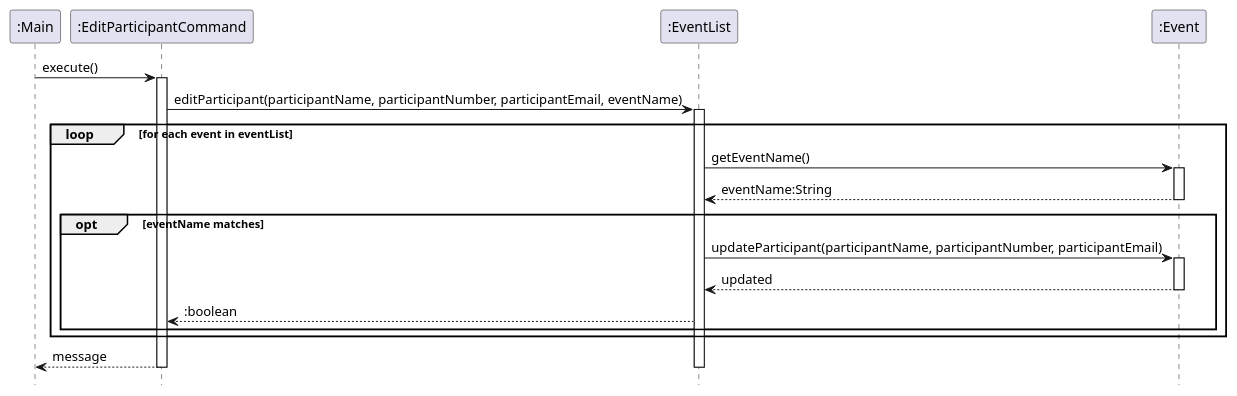
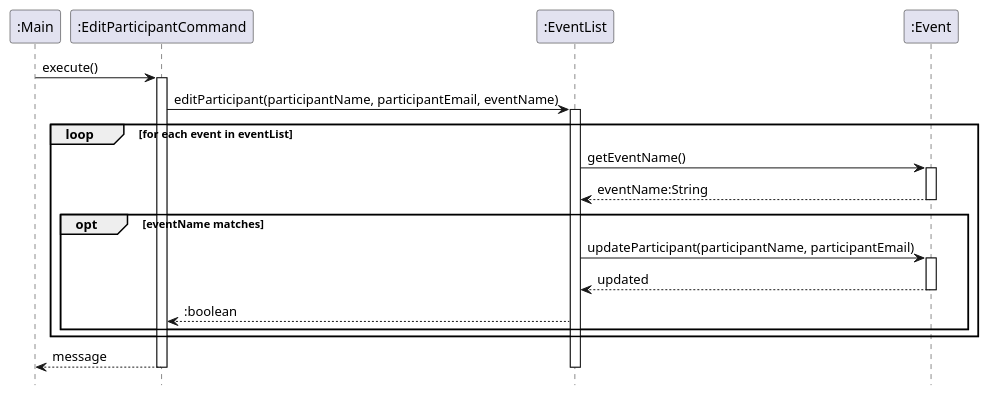
The diagram in docs/diagrams/EditParticipantCommandSequenceDiagram.puml (nus-cs2113-AY2425S1/tp), drawn with PlantUML before and after one commit. The commit also changed 6 other files, not shown here.

```diff
--- a/docs/diagrams/EditParticipantCommandSequenceDiagram.puml
+++ b/docs/diagrams/EditParticipantCommandSequenceDiagram.puml
@@ -1,36 +1,36 @@
 @startuml
  hide footbox
 
  participant ":Main" as main
  participant ":EditParticipantCommand" as editCommand
  participant ":EventList" as eventList
  participant ":Event" as event
 
  main -> editCommand : execute()
  activate editCommand
 
- editCommand -> eventList : editParticipant(participantName, participantNumber, participantEmail, eventName)
+ editCommand -> eventList : editParticipant(participantName, participantEmail, eventName)
  activate eventList
 
  loop for each event in eventList
      eventList -> event : getEventName()
      activate event
      event --> eventList : eventName:String
      deactivate event
 
      opt eventName matches
-         eventList -> event : updateParticipant(participantName, participantNumber, participantEmail)
+         eventList -> event : updateParticipant(participantName, participantEmail)
          activate event
          event --> eventList : updated
          deactivate event
          eventList --> editCommand : :boolean
      end
 
  end
 
 
  editCommand --> main : message
  deactivate eventList
  deactivate editCommand
 
  @enduml
```
